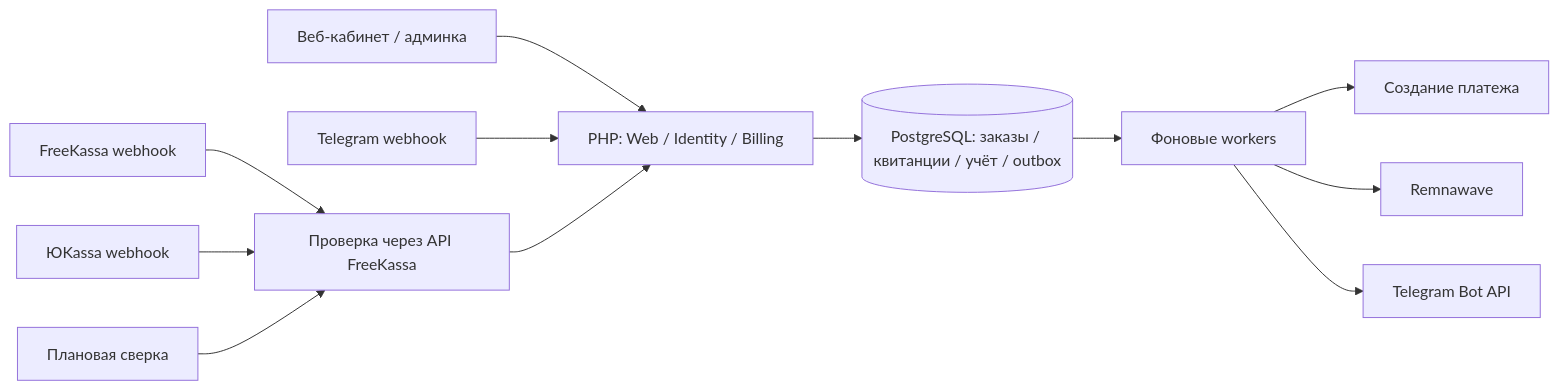
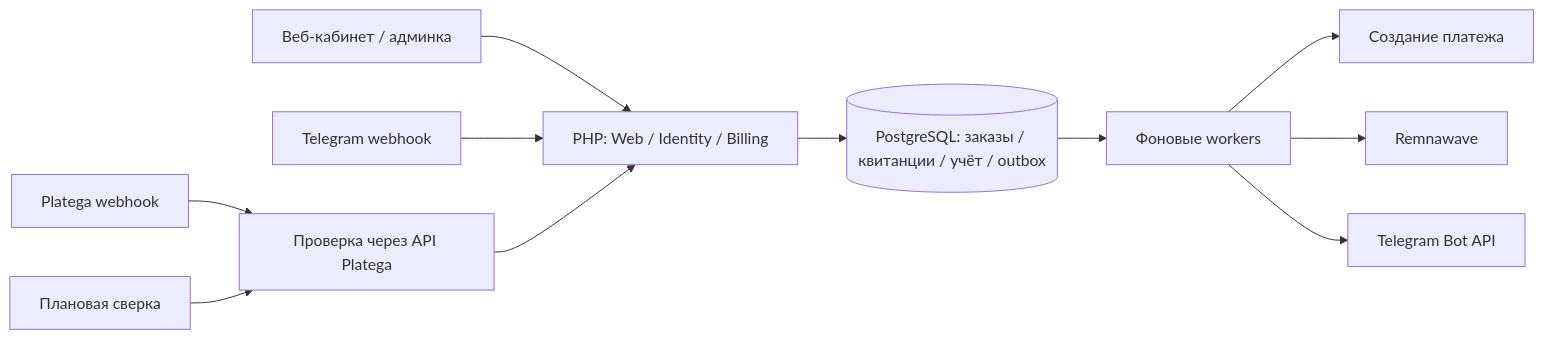
Before and after one commit to ASTRACAT2022/ZeleBoba: the diagram in docs/architecture.md, drawn with Mermaid. The commit also changed other lines of this file and 6 other files, not shown here.

````diff
--- a/docs/architecture.md
+++ b/docs/architecture.md
@@ -29,14 +29,13 @@
 ```mermaid
 flowchart LR
     Web[Веб-кабинет / админка] --> App[PHP: Web / Identity / Billing]
     TG[Telegram webhook] --> App
-    FK[FreeKassa webhook] --> Verify[Проверка через API FreeKassa]
-    Yoo[ЮKassa webhook] --> Verify
+    PL[Platega webhook] --> Verify[Проверка через API Platega]
     Verify --> App
     App --> DB[(PostgreSQL: заказы / квитанции / учёт / outbox)]
     DB --> Worker[Фоновые workers]
     Worker --> Payment[Создание платежа]
     Worker --> Remna[Remnawave]
     Worker --> Bot[Telegram Bot API]
     Timer[Плановая сверка] --> Verify
 ```
````
